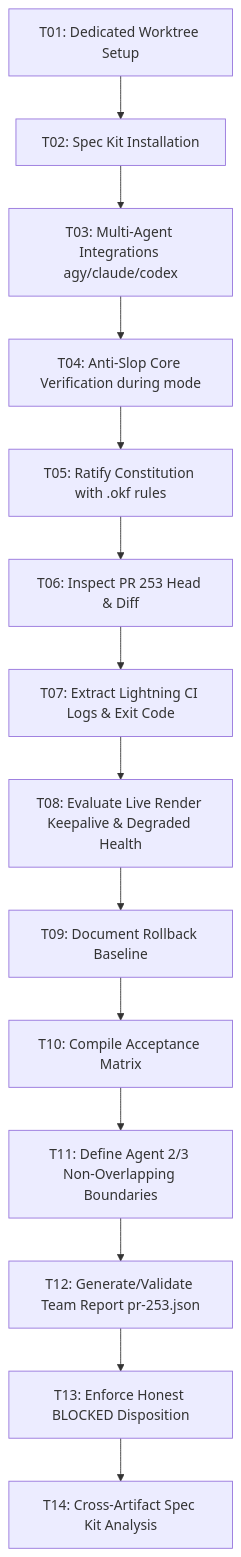
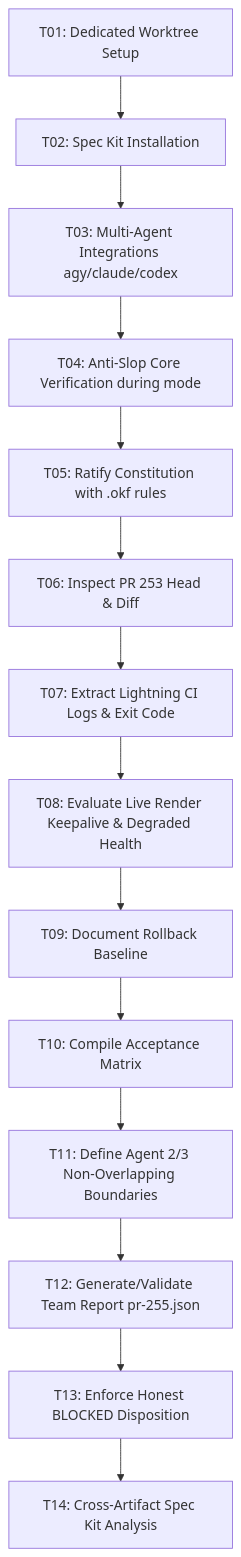
The diagram in specs/001-release-readiness-gate/tasks.md (Gokul7904231/ShortForge), drawn with Mermaid before and after one commit. The commit also changed other lines of this file, not shown here.

````diff
--- a/specs/001-release-readiness-gate/tasks.md
+++ b/specs/001-release-readiness-gate/tasks.md
@@ -12,16 +12,16 @@
 ```mermaid
 graph TD
     T01[T01: Dedicated Worktree Setup] --> T02[T02: Spec Kit Installation]
     T02 --> T03[T03: Multi-Agent Integrations agy/claude/codex]
     T03 --> T04[T04: Anti-Slop Core Verification during mode]
     T04 --> T05[T05: Ratify Constitution with .okf rules]
     T05 --> T06[T06: Inspect PR 253 Head & Diff]
     T06 --> T07[T07: Extract Lightning CI Logs & Exit Code]
     T07 --> T08[T08: Evaluate Live Render Keepalive & Degraded Health]
     T08 --> T09[T09: Document Rollback Baseline]
     T09 --> T10[T10: Compile Acceptance Matrix]
     T10 --> T11[T11: Define Agent 2/3 Non-Overlapping Boundaries]
-    T11 --> T12[T12: Generate/Validate Team Report pr-253.json]
+    T11 --> T12[T12: Generate/Validate Team Report pr-255.json]
     T12 --> T13[T13: Enforce Honest BLOCKED Disposition]
     T13 --> T14[T14: Cross-Artifact Spec Kit Analysis]
 ```
````
